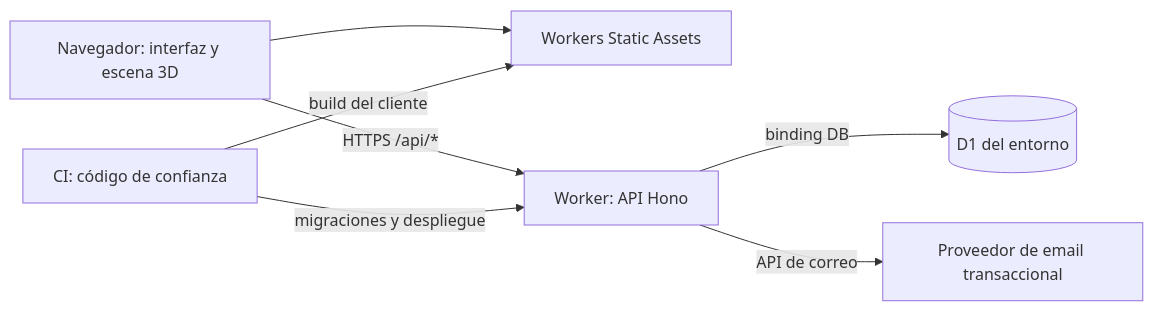
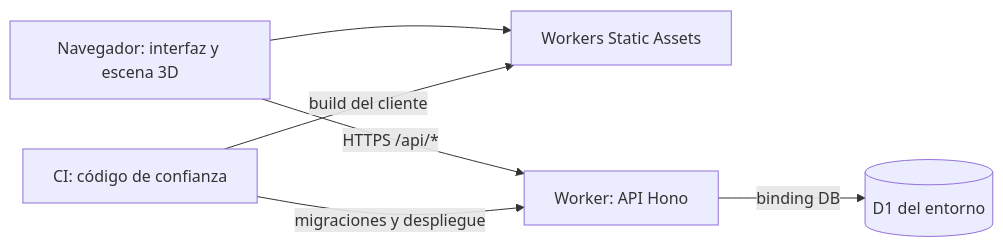
One commit to CharlyMoreno/te-toca changed the diagram in docs/INFRAESTRUCTURA.md. Above: the diagram before and after it, drawn with Mermaid. The commit also changed other lines of this file and 30 other files, not shown here.

````diff
--- a/docs/INFRAESTRUCTURA.md
+++ b/docs/INFRAESTRUCTURA.md
@@ -15,9 +15,8 @@
 ```mermaid
 flowchart LR
     U[Navegador: interfaz y escena 3D] --> S[Workers Static Assets]
     U -->|HTTPS /api/*| W[Worker: API Hono]
     W -->|binding DB| D[(D1 del entorno)]
-    W -->|API de correo| E[Proveedor de email transaccional]
     G[CI: código de confianza] -->|migraciones y despliegue| W
     G -->|build del cliente| S
 ```
````
